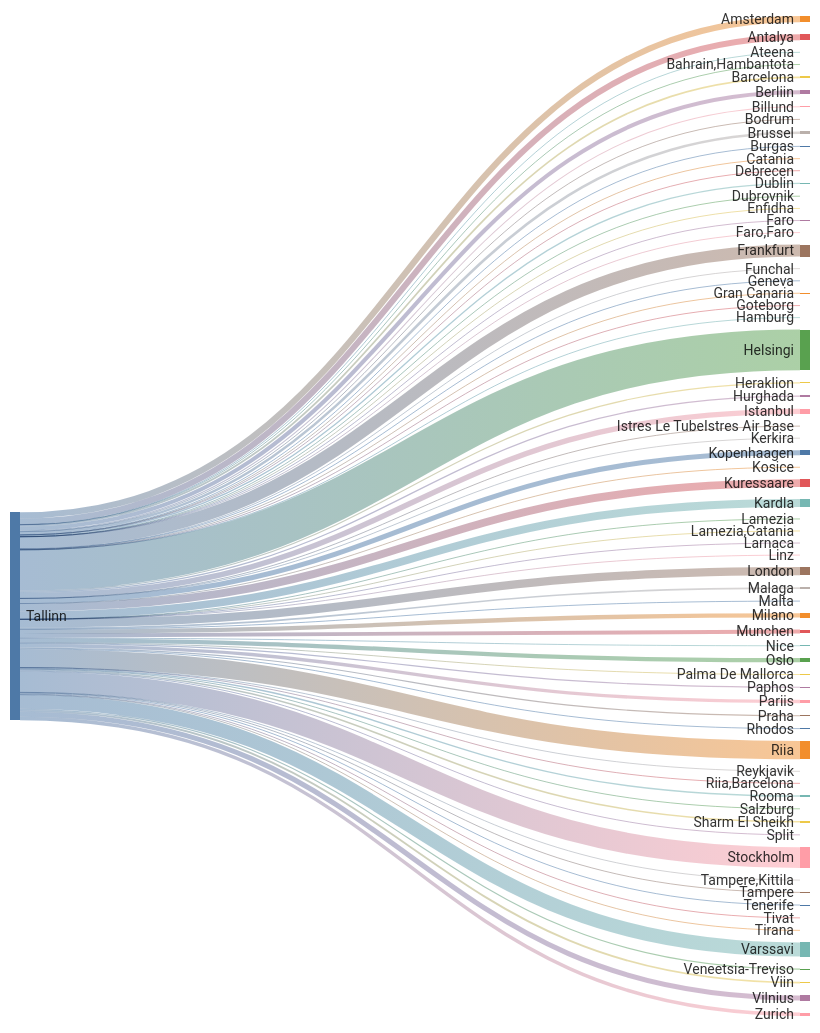
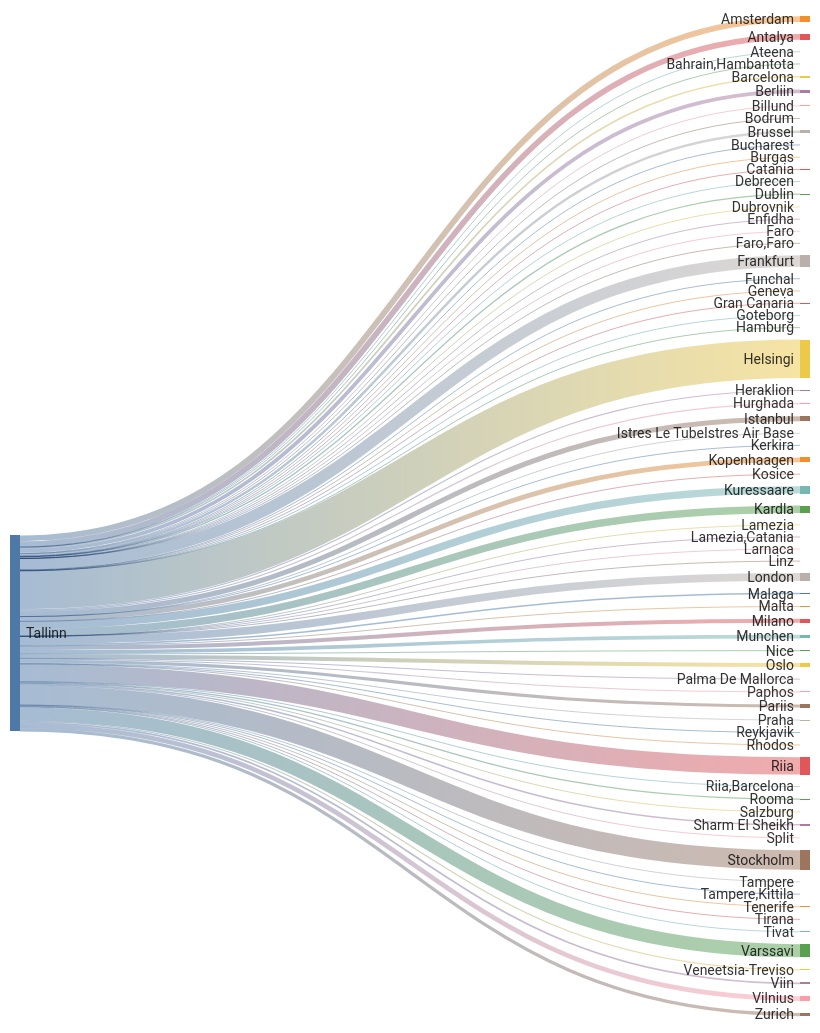
One commit to rainermesi/tll-airport-departures changed the second of 2 diagrams in README.md. Above: the diagram before and after it, drawn with Mermaid. The commit also changed other lines of this file and 1 other file, not shown here.

````diff
--- a/README.md
+++ b/README.md
@@ -34,80 +34,81 @@
 ```mermaid
 ---
 config:
   sankey:
     showValues: false
     width: 800
     height: 1000
 ---
 sankey-beta
 %% source,target,value
-Tallinn,Amsterdam,363
-Tallinn,Antalya,351
+Tallinn,Amsterdam,365
+Tallinn,Antalya,352
 Tallinn,Ateena,16
 Tallinn,"Bahrain,Hambantota",1
 Tallinn,Barcelona,101
 Tallinn,Berliin,238
 Tallinn,Billund,59
 Tallinn,Bodrum,11
 Tallinn,Brussel,153
+Tallinn,Bucharest,1
 Tallinn,Burgas,33
 Tallinn,Catania,2
 Tallinn,Debrecen,1
-Tallinn,Dublin,77
+Tallinn,Dublin,78
 Tallinn,Dubrovnik,21
 Tallinn,Enfidha,7
 Tallinn,Faro,4
 Tallinn,"Faro,Faro",1
-Tallinn,Frankfurt,706
+Tallinn,Frankfurt,708
 Tallinn,Funchal,5
 Tallinn,Geneva,13
 Tallinn,Gran Canaria,38
 Tallinn,Goteborg,1
 Tallinn,Hamburg,2
-Tallinn,Helsingi,2383
+Tallinn,Helsingi,2393
 Tallinn,Heraklion,66
 Tallinn,Hurghada,75
-Tallinn,Istanbul,317
+Tallinn,Istanbul,318
 Tallinn,Istres Le TubeIstres Air Base,2
 Tallinn,Kerkira,4
-Tallinn,Kopenhaagen,296
+Tallinn,Kopenhaagen,298
 Tallinn,Kosice,1
-Tallinn,Kuressaare,459
-Tallinn,Kardla,459
+Tallinn,Kuressaare,461
+Tallinn,Kardla,461
 Tallinn,Lamezia,1
 Tallinn,"Lamezia,Catania",3
 Tallinn,Larnaca,4
 Tallinn,Linz,2
-Tallinn,London,483
-Tallinn,Malaga,93
+Tallinn,London,485
+Tallinn,Malaga,94
 Tallinn,Malta,20
 Tallinn,Milano,255
-Tallinn,Munchen,225
+Tallinn,Munchen,226
 Tallinn,Nice,35
-Tallinn,Oslo,248
+Tallinn,Oslo,249
 Tallinn,Palma De Mallorca,24
 Tallinn,Paphos,66
-Tallinn,Pariis,197
+Tallinn,Pariis,198
 Tallinn,Praha,62
 Tallinn,Reykjavik,3
 Tallinn,Rhodos,42
-Tallinn,Riia,1073
+Tallinn,Riia,1078
 Tallinn,"Riia,Barcelona",1
 Tallinn,Rooma,80
 Tallinn,Salzburg,14
 Tallinn,Sharm El Sheikh,95
 Tallinn,Split,35
-Tallinn,Stockholm,1215
+Tallinn,Stockholm,1220
 Tallinn,Tampere,17
 Tallinn,"Tampere,Kittila",21
 Tallinn,Tenerife,58
 Tallinn,Tirana,15
-Tallinn,Tivat,40
-Tallinn,Varssavi,824
+Tallinn,Tivat,41
+Tallinn,Varssavi,827
 Tallinn,Veneetsia-Treviso,67
 Tallinn,Viin,106
-Tallinn,Vilnius,295
-Tallinn,Zurich,203
+Tallinn,Vilnius,297
+Tallinn,Zurich,204
 
 
 ```
````
